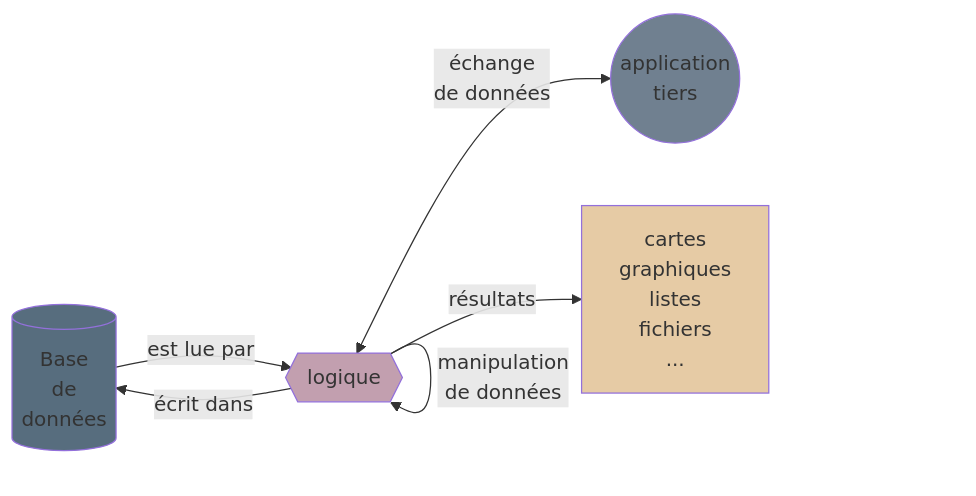
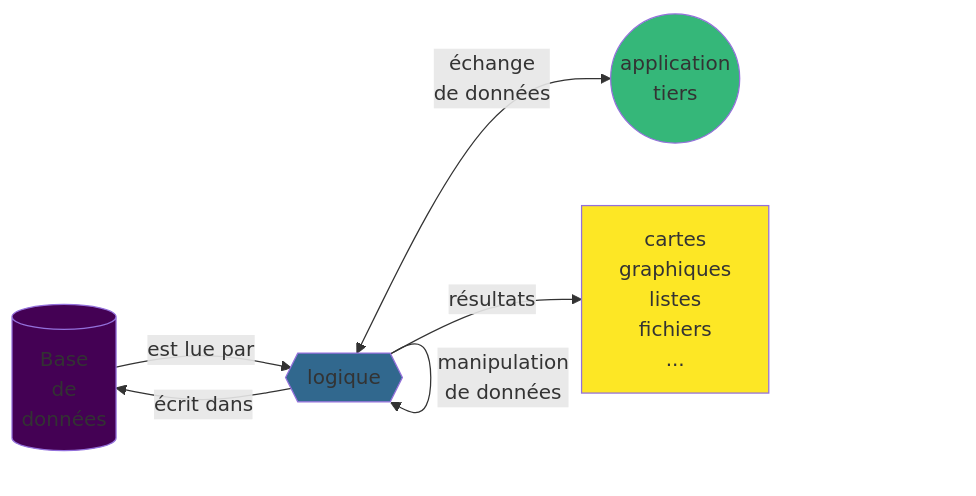
One commit to zoometh/thomashuet changed the first of 2 diagrams in profiles/arcam-traject/README.md. Above: the diagram before and after it, drawn with Mermaid.

````diff
--- a/profiles/arcam-traject/README.md
+++ b/profiles/arcam-traject/README.md
@@ -107,12 +107,12 @@
 ```mermaid
 flowchart LR
     A[(Base<br>de<br>données)]:::semantic -- est lue par --> B{{logique}}:::logic;
     B -- "écrit dans" --> A;
     B -- manipulation<br>de données --> B;
     B <-- "échange<br>de données" --> C((application<br>tiers)):::third;
     B -- résultats --> D[cartes<br>graphiques<br>listes<br>fichiers<br>...]:::output;;
-    classDef semantic fill:#576D7E;
-    classDef logic fill:#C29FAF;
-    classDef third fill:#708090;
-    classDef output fill:#E6CBA5;
+    classDef semantic fill:#440154;
+    classDef logic fill:#31688E;
+    classDef third fill:#35B779;
+    classDef output fill:#FDE725;
 ```
````
